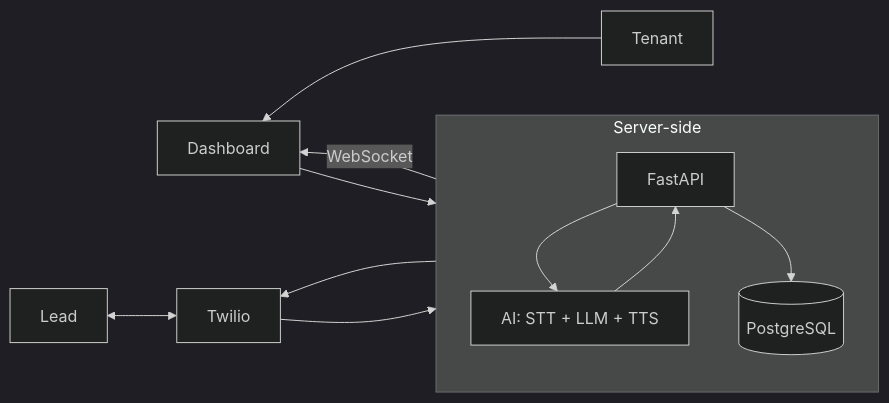
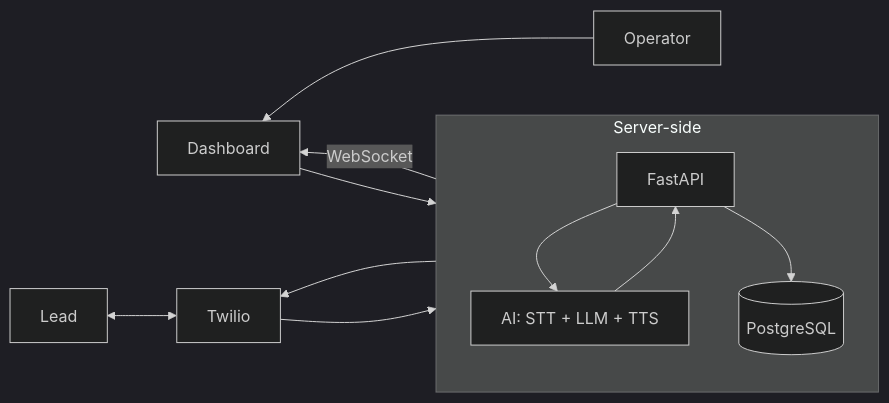
One commit to OceanStar88/Sagent changed the first of 2 diagrams in README.md. Above: the diagram before and after it, drawn with Mermaid (dark theme). The commit also changed other lines of this file and 181 other files, not shown here.

````diff
--- a/README.md
+++ b/README.md
@@ -48,18 +50,18 @@
 ```mermaid
 flowchart RL
-    Tenant --> Frontend[Dashboard]
+  Operator --> Frontend[Dashboard]
     Frontend --> Backend
     Backend --> |WebSocket| Frontend
 
     Backend --> Twilio
     Twilio --> Backend
     
     subgraph Server-side
         Backend[FastAPI] --> AI[AI: STT + LLM + TTS]
         AI --> Backend
         direction TB
         Backend --> DB[(PostgreSQL)]
     end
 
     Twilio <--> Lead
 ```
````
